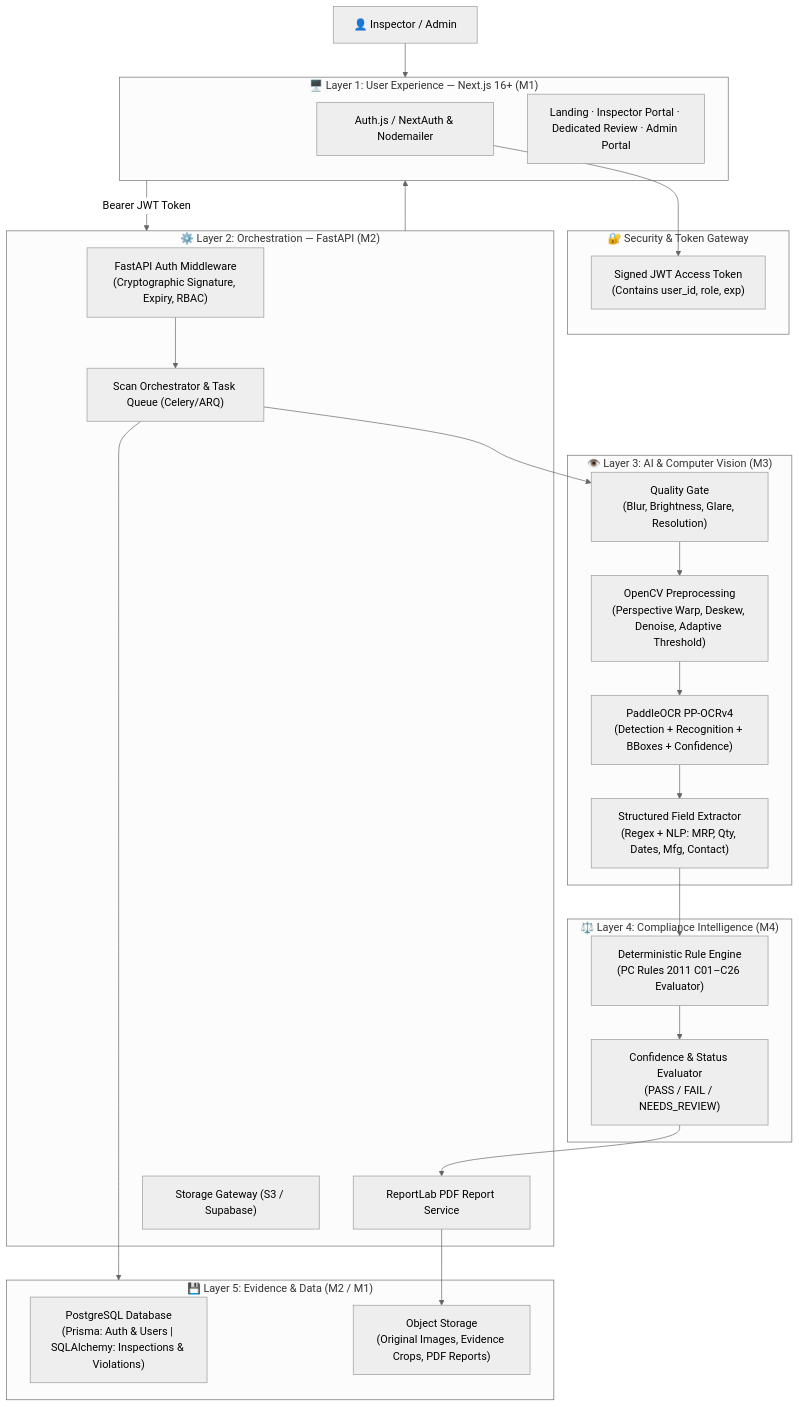
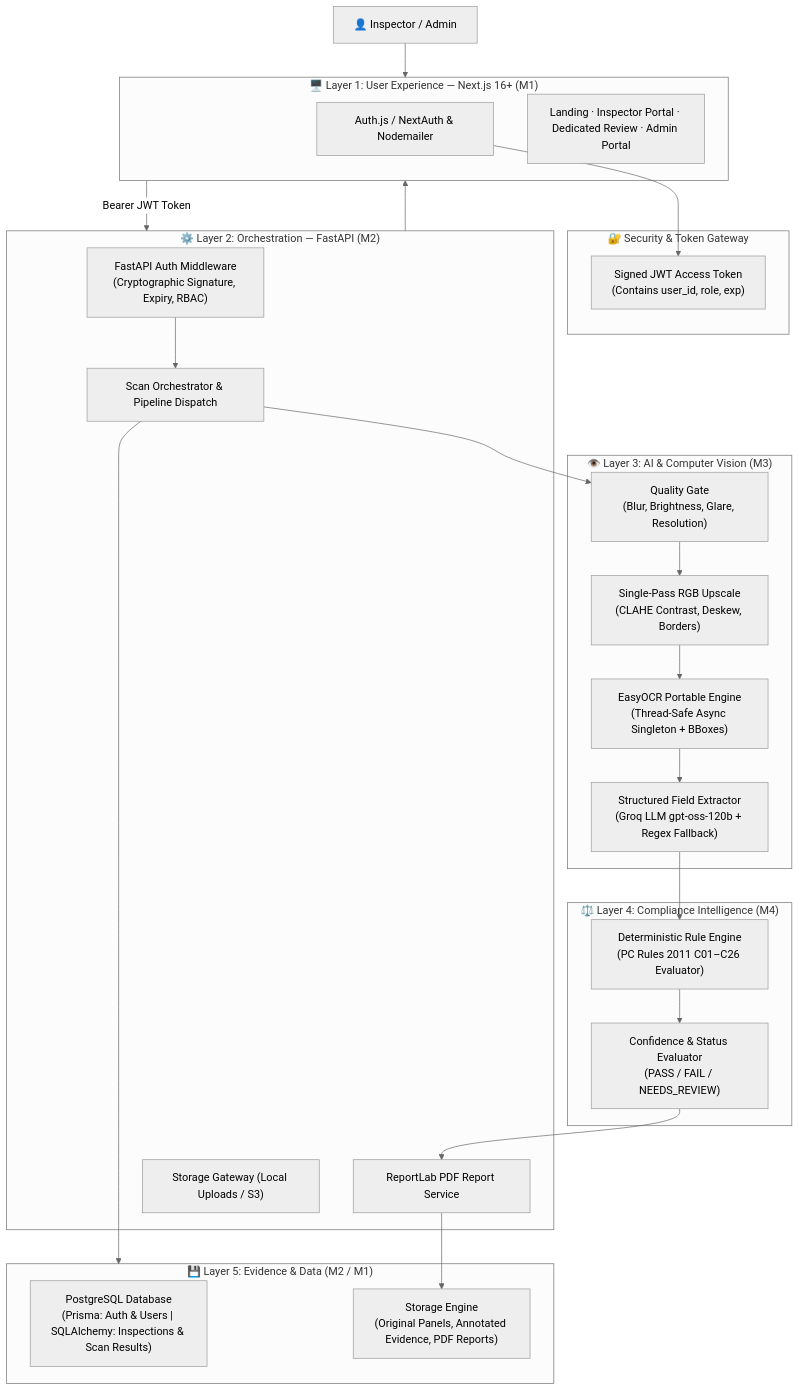
Before and after one commit to dhruvpatel16120/Validra: the first of 3 diagrams in docs/Architecture.md, drawn with Mermaid (neutral theme). The commit also changed other lines of this file and 15 other files, not shown here.

````diff
--- a/docs/Architecture.md
+++ b/docs/Architecture.md
@@ -48,52 +48,52 @@
 ```mermaid
 flowchart TD
     USER["👤 Inspector / Admin"]
 
     subgraph FRONTEND["🖥️ Layer 1: User Experience — Next.js 16+ (M1)"]
         AUTH_FE["Auth.js / NextAuth & Nodemailer"]
         PAGES["Landing · Inspector Portal · Dedicated Review · Admin Portal"]
     end
 
     subgraph SEC["🔐 Security & Token Gateway"]
         JWT["Signed JWT Access Token\n(Contains user_id, role, exp)"]
     end
 
     subgraph BACKEND["⚙️ Layer 2: Orchestration — FastAPI (M2)"]
         AUTH_BE["FastAPI Auth Middleware\n(Cryptographic Signature, Expiry, RBAC)"]
-        ORCH["Scan Orchestrator & Task Queue (Celery/ARQ)"]
+        ORCH["Scan Orchestrator & Pipeline Dispatch"]
         REPO_SRV["ReportLab PDF Report Service"]
-        STORAGE_UTIL["Storage Gateway (S3 / Supabase)"]
+        STORAGE_UTIL["Storage Gateway (Local Uploads / S3)"]
     end
 
     subgraph AI["👁️ Layer 3: AI & Computer Vision (M3)"]
         QG["Quality Gate\n(Blur, Brightness, Glare, Resolution)"]
-        PRE["OpenCV Preprocessing\n(Perspective Warp, Deskew, Denoise, Adaptive Threshold)"]
-        OCR["PaddleOCR PP-OCRv4\n(Detection + Recognition + BBoxes + Confidence)"]
-        IE["Structured Field Extractor\n(Regex + NLP: MRP, Qty, Dates, Mfg, Contact)"]
+        PRE["Single-Pass RGB Upscale\n(CLAHE Contrast, Deskew, Borders)"]
+        OCR["EasyOCR Portable Engine\n(Thread-Safe Async Singleton + BBoxes)"]
+        IE["Structured Field Extractor\n(Groq LLM gpt-oss-120b + Regex Fallback)"]
     end
 
     subgraph COMPLIANCE["⚖️ Layer 4: Compliance Intelligence (M4)"]
         RE["Deterministic Rule Engine\n(PC Rules 2011 C01–C26 Evaluator)"]
         CONF_GATE["Confidence & Status Evaluator\n(PASS / FAIL / NEEDS_REVIEW)"]
     end
 
     subgraph DATA["💾 Layer 5: Evidence & Data (M2 / M1)"]
-        PG["PostgreSQL Database\n(Prisma: Auth & Users | SQLAlchemy: Inspections & Violations)"]
-        OBJ["Object Storage\n(Original Images, Evidence Crops, PDF Reports)"]
+        PG["PostgreSQL Database\n(Prisma: Auth & Users | SQLAlchemy: Inspections & Scan Results)"]
+        OBJ["Storage Engine\n(Original Panels, Annotated Evidence, PDF Reports)"]
     end
 
     USER --> FRONTEND
     AUTH_FE --> JWT
     FRONTEND -->|"Bearer JWT Token"| BACKEND
     AUTH_BE --> ORCH
     ORCH --> QG
     QG --> PRE
     PRE --> OCR
     OCR --> IE
     IE --> RE
     RE --> CONF_GATE
     CONF_GATE --> REPO_SRV
     ORCH --> DATA
     REPO_SRV --> OBJ
     BACKEND --> FRONTEND
 ```
````
